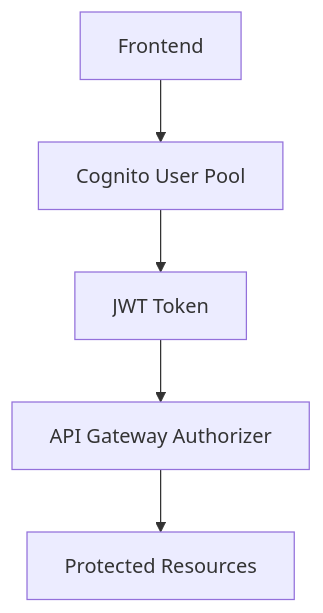
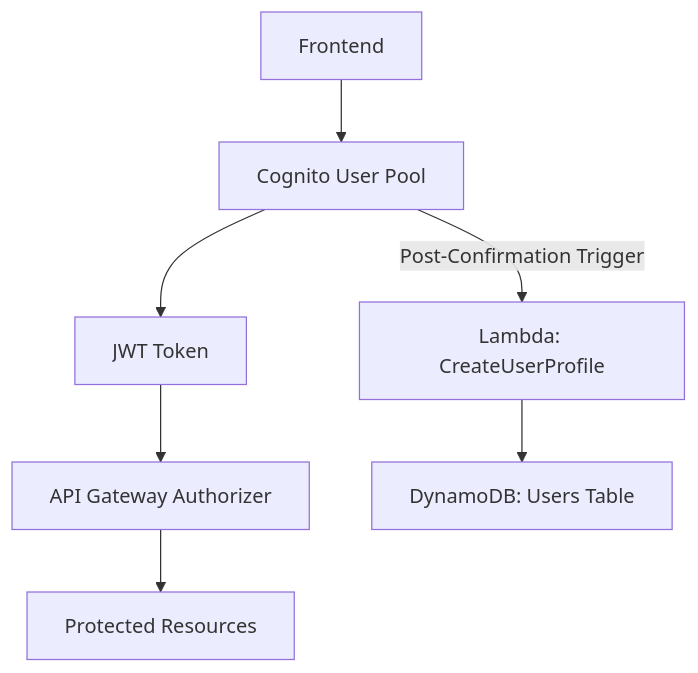
One commit to AkumaBlazeX/bolt-achomate changed the first of 3 diagrams in Documents/construction.md. Above: the diagram before and after it, drawn with Mermaid. The commit also changed other lines of this file, not shown here.

````diff
--- a/Documents/construction.md
+++ b/Documents/construction.md
@@ -6,7 +6,9 @@
 ```mermaid
 graph TD
     A[Frontend] --> B[Cognito User Pool]
     B --> C[JWT Token]
     C --> D[API Gateway Authorizer]
     D --> E[Protected Resources]
+    B -- Post-Confirmation Trigger --> F[Lambda: CreateUserProfile]
+    F --> G[DynamoDB: Users Table]
 ```
````
